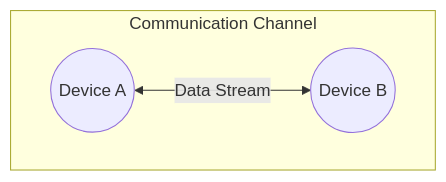
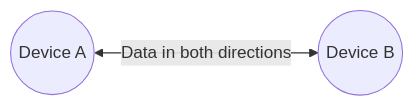
Diagram 12 of 14 in 11.md (aswath0001/Internet-Networking), drawn with Mermaid before and after one commit. The commit also changed other lines of this file, not shown here.

````diff
--- a/11.md
+++ b/11.md
@@ -35,6 +1252,4 @@
-```mermaid
-graph TD
-    subgraph Communication Channel
-        A((Device A)) <-->|Data Stream| B((Device B))
-    end
+``` mermaid
+flowchart LR
+    A((Device A)) <-->|Data in both directions| B((Device B))
 ```
````
